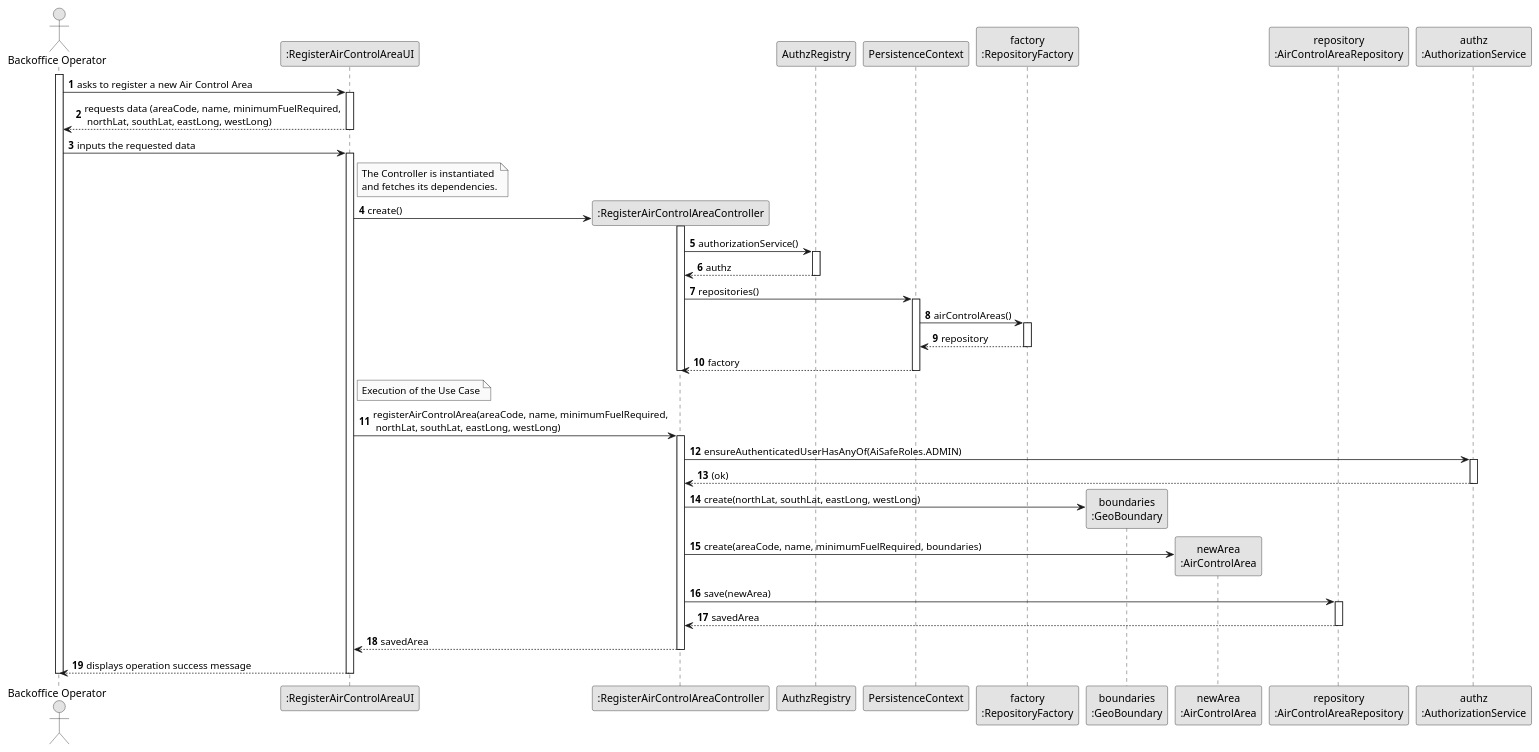
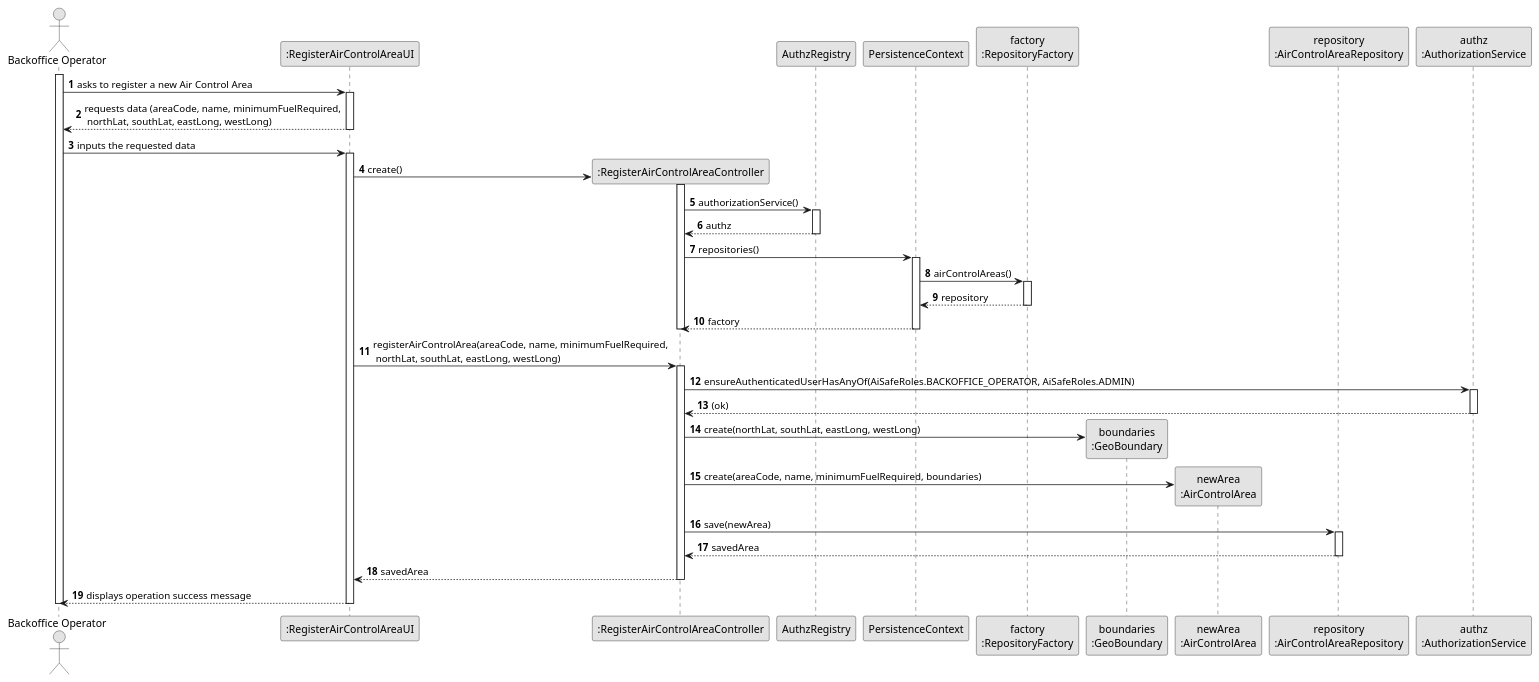
Before and after one commit to brunodspinto/aisafe: the diagram in aisafe.base/docs/user-stories/us050/puml/US050-SD.puml, drawn with PlantUML. The commit also changed 3 other files, not shown here.

Commit message:
#24 US050 - refactor: update AirControlArea model to use AirControlAreaCode as embedded ID and enhance class diagram

```diff
--- a/aisafe.base/docs/user-stories/us050/puml/US050-SD.puml
+++ b/aisafe.base/docs/user-stories/us050/puml/US050-SD.puml
@@ -1,73 +1,71 @@
 @startuml
 skinparam monochrome true
 skinparam packageStyle rectangle
 skinparam shadowing false
 
 autonumber
 actor "Backoffice Operator" as ADM
 
 participant ":RegisterAirControlAreaUI" as UI
 participant ":RegisterAirControlAreaController" as CTRL
 participant "AuthzRegistry" as AUTHZR
 participant "PersistenceContext" as PC
 participant "factory\n:RepositoryFactory" as FACT
 participant "boundaries\n:GeoBoundary" as GEO
 participant "newArea\n:AirControlArea" as ACA
 participant "repository\n:AirControlAreaRepository" as REPO
 
 activate ADM
 ADM -> UI : asks to register a new Air Control Area
 activate UI
 UI --> ADM : requests data (areaCode, name, minimumFuelRequired,\n northLat, southLat, eastLong, westLong)
 deactivate UI
 
 ADM -> UI : inputs the requested data
 activate UI
 
-note right of UI: The Controller is instantiated\nand fetches its dependencies.
 UI -> CTRL** : create()
 activate CTRL
 
 CTRL -> AUTHZR : authorizationService()
 activate AUTHZR
 AUTHZR --> CTRL : authz
 deactivate AUTHZR
 
 CTRL -> PC : repositories()
 activate PC
 PC -> FACT : airControlAreas()
 activate FACT
 FACT --> PC : repository
 deactivate FACT
 PC --> CTRL : factory
 deactivate PC
 deactivate CTRL
 
-note right of UI: Execution of the Use Case
 UI -> CTRL : registerAirControlArea(areaCode, name, minimumFuelRequired,\n northLat, southLat, eastLong, westLong)
 activate CTRL
 
 participant "authz\n:AuthorizationService" as AUTHZ
-CTRL -> AUTHZ : ensureAuthenticatedUserHasAnyOf(AiSafeRoles.ADMIN)
+CTRL -> AUTHZ : ensureAuthenticatedUserHasAnyOf(AiSafeRoles.BACKOFFICE_OPERATOR, AiSafeRoles.ADMIN)
 activate AUTHZ
 AUTHZ --> CTRL : (ok)
 deactivate AUTHZ
 
 CTRL -> GEO** : create(northLat, southLat, eastLong, westLong)
 
 CTRL -> ACA** : create(areaCode, name, minimumFuelRequired, boundaries)
 
 CTRL -> REPO : save(newArea)
 activate REPO
 REPO --> CTRL : savedArea
 deactivate REPO
 
 CTRL --> UI : savedArea
 deactivate CTRL
 
 UI --> ADM : displays operation success message
 deactivate UI
 deactivate ADM
 
 
 @enduml
```
